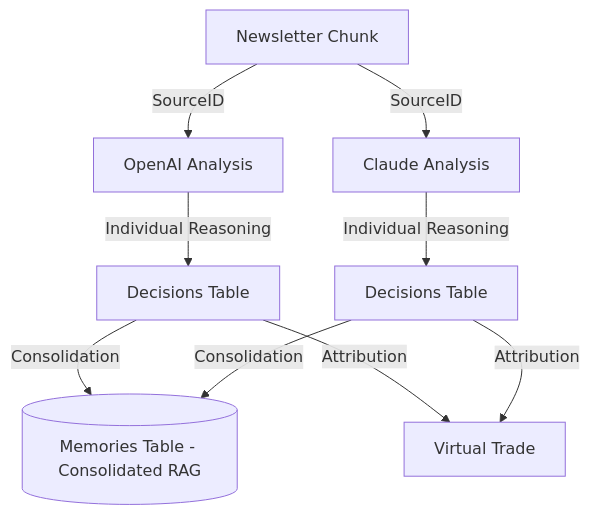
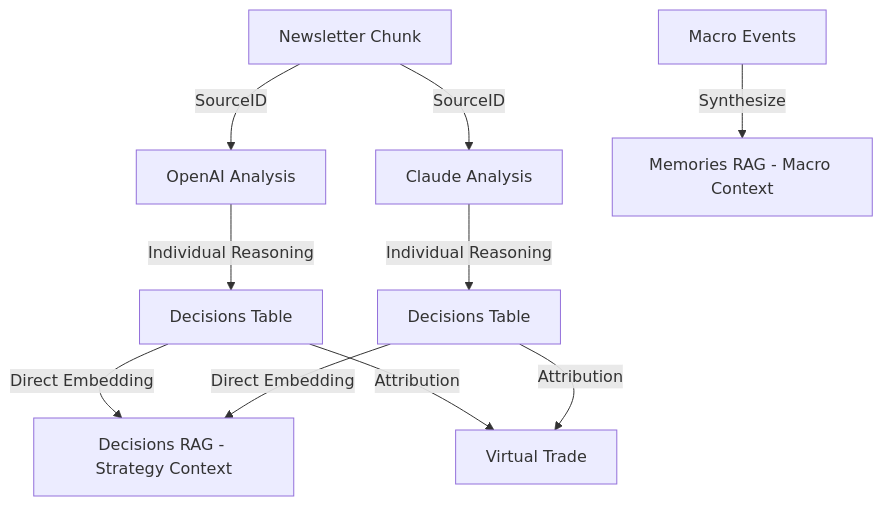
The diagram in docs/engine/decision-attribution-walkthrough.md (g-vega-cl/llm-market-bench), drawn with Mermaid before and after one commit. The commit also changed other lines of this file and 12 other files, not shown here.

Commit message:
refactor: Decouple decision reasoning embeddings from global memories, storing them directly in the decisions table for granular RAG.

````diff
--- a/docs/engine/decision-attribution-walkthrough.md
+++ b/docs/engine/decision-attribution-walkthrough.md
@@ -28,9 +29,11 @@
 ```mermaid
 graph TD
     A[Newsletter Chunk] -->|SourceID| B1[OpenAI Analysis]
     A -->|SourceID| B2[Claude Analysis]
     B1 -->|Individual Reasoning| C1[Decisions Table]
     B2 -->|Individual Reasoning| C2[Decisions Table]
-    C1 & C2 -->|Consolidation| M[(Memories Table - Consolidated RAG)]
+    C1 & C2 -->|Direct Embedding| R[Decisions RAG - Strategy Context]
     C1 & C2 -->|Attribution| D[Virtual Trade]
+    
+    E[Macro Events] -->|Synthesize| M[Memories RAG - Macro Context]
 ```
````
